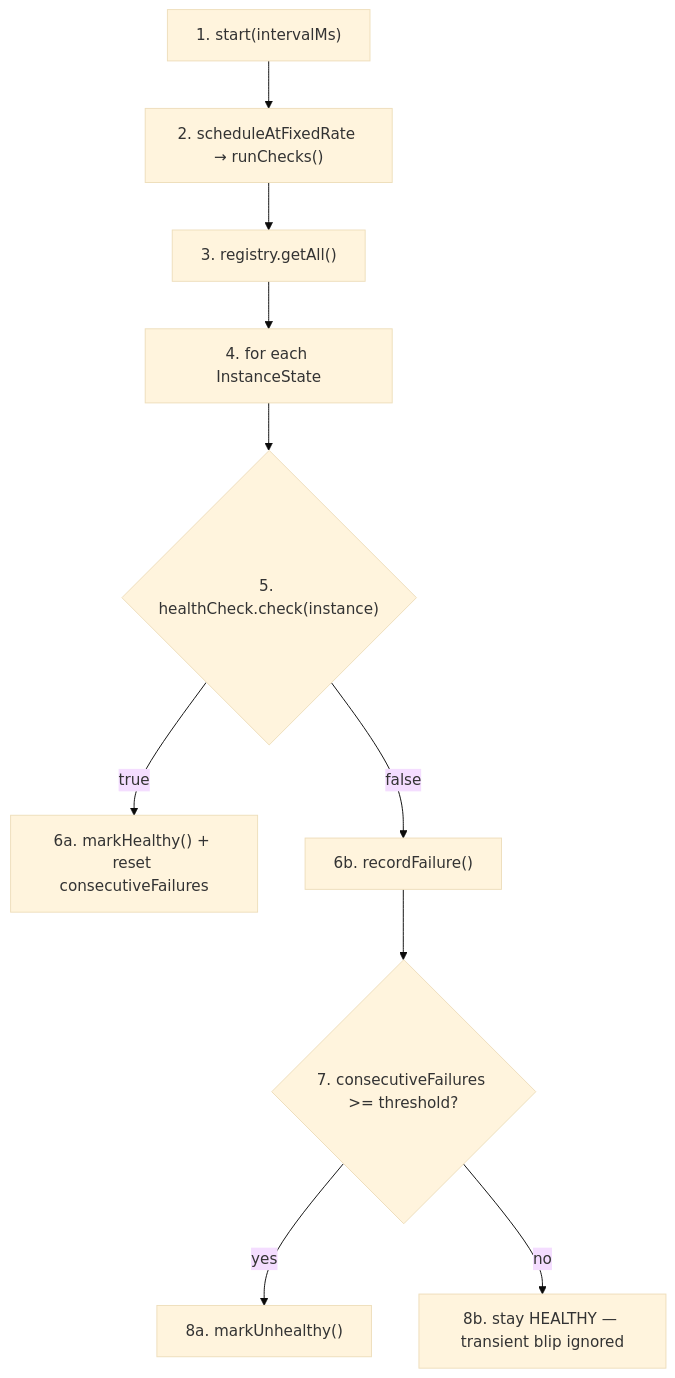
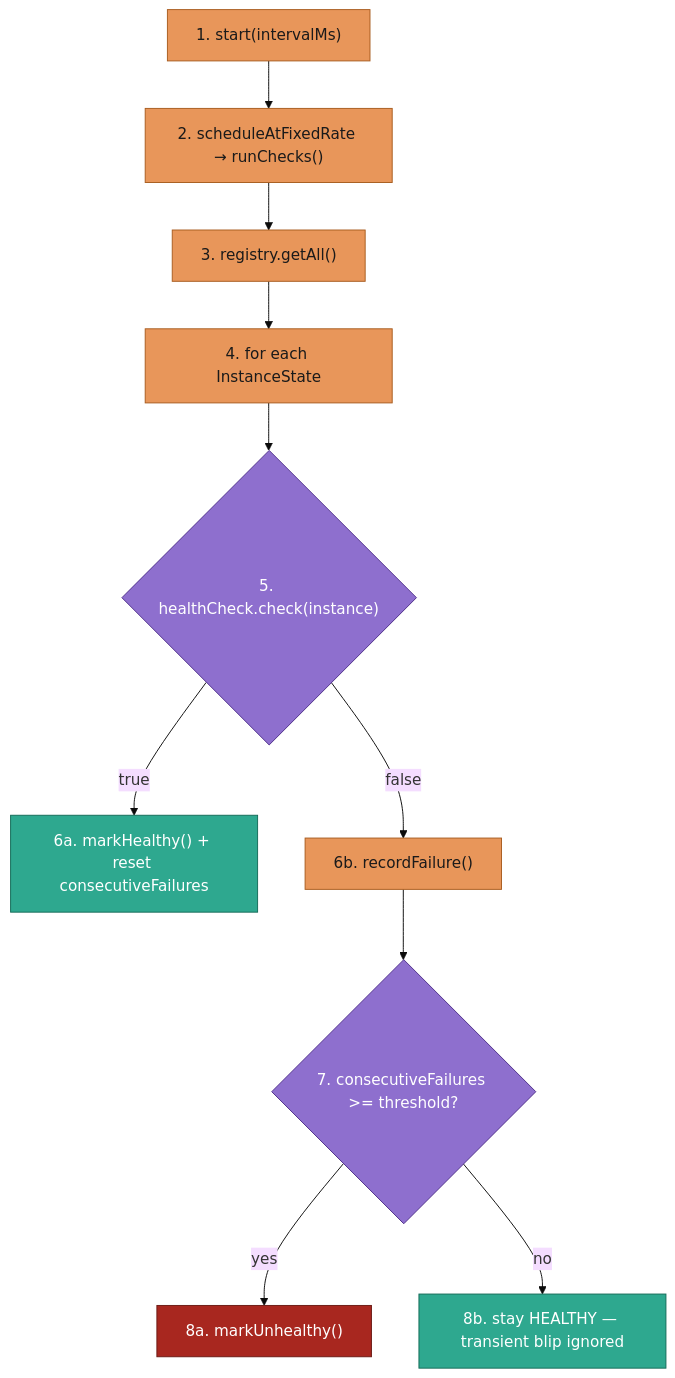
The fifth of 10 diagrams in lib/src/main/java/org/pk/practices/design/servicediscovery/DESIGN.md (Pratyush576/CodingPractice), drawn with Mermaid (base theme) before and after one commit. The commit also changed other lines of this file and 5 other files, not shown here.

Commit message:
Enhanced the diagrams

````diff
--- a/lib/src/main/java/org/pk/practices/design/servicediscovery/DESIGN.md
+++ b/lib/src/main/java/org/pk/practices/design/servicediscovery/DESIGN.md
@@ -233,12 +256,21 @@
 ```mermaid
 flowchart TD
     A["1. start(intervalMs)"] --> B["2. scheduleAtFixedRate → runChecks()"]
     B --> C["3. registry.getAll()"]
     C --> D["4. for each InstanceState"]
     D --> E{"5. healthCheck.check(instance)"}
     E -->|true| F["6a. markHealthy() + reset consecutiveFailures"]
     E -->|false| G["6b. recordFailure()"]
     G --> H{"7. consecutiveFailures >= threshold?"}
     H -->|yes| I["8a. markUnhealthy()"]
     H -->|no| J["8b. stay HEALTHY — transient blip ignored"]
+
+    classDef process fill:#e8965a,stroke:#a85c1f,color:#1a1a1a
+    classDef decision fill:#8e6fce,stroke:#4d2e8a,color:#ffffff
+    classDef success fill:#2ea88f,stroke:#146b58,color:#ffffff
+    classDef failure fill:#a8271f,stroke:#6b1a14,color:#ffffff
+    class A,B,C,D,G process
+    class E,H decision
+    class F,J success
+    class I failure
 ```
````
